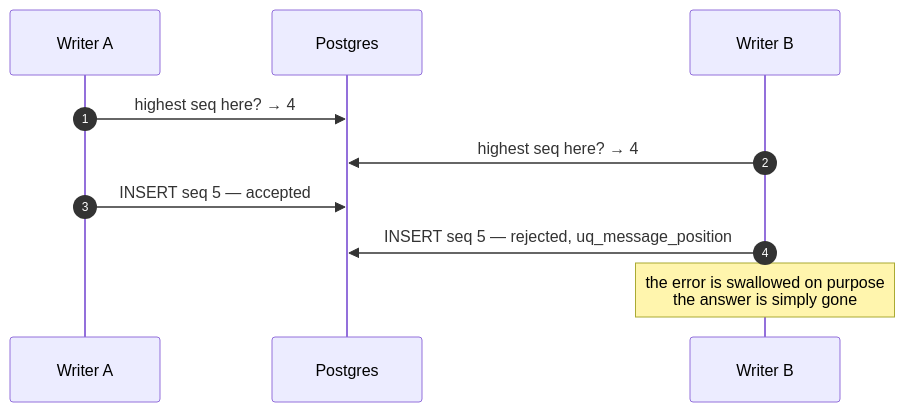
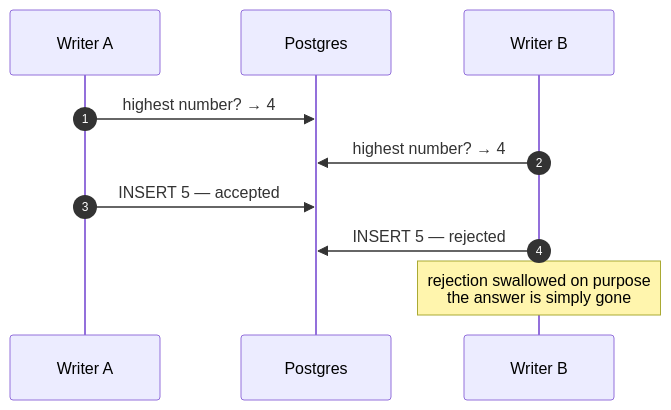
One commit to selvakumarperumal/Corporate_Filing_Analyzer_Agent changed the seventh of 15 diagrams in docs/TESTING-SCALING.md. Above: the diagram before and after it, drawn with Mermaid. The commit also changed other lines of this file, not shown here.

Commit message:
docs: streamline scaling test guide with plain-language summaries, settings tables, and clear architectural diagrams

````diff
--- a/docs/TESTING-SCALING.md
+++ b/docs/TESTING-SCALING.md
@@ -575,12 +634,12 @@
 ```mermaid
 sequenceDiagram
   autonumber
   participant A as Writer A
   participant DB as Postgres
   participant B as Writer B
-  A->>DB: highest seq here? → 4
-  B->>DB: highest seq here? → 4
-  A->>DB: INSERT seq 5 — accepted
-  B->>DB: INSERT seq 5 — rejected, uq_message_position
-  Note over B: the error is swallowed on purpose<br/>the answer is simply gone
+  A->>DB: highest number? → 4
+  B->>DB: highest number? → 4
+  A->>DB: INSERT 5 — accepted
+  B->>DB: INSERT 5 — rejected
+  Note over B: rejection swallowed on purpose<br/>the answer is simply gone
 ```
````
